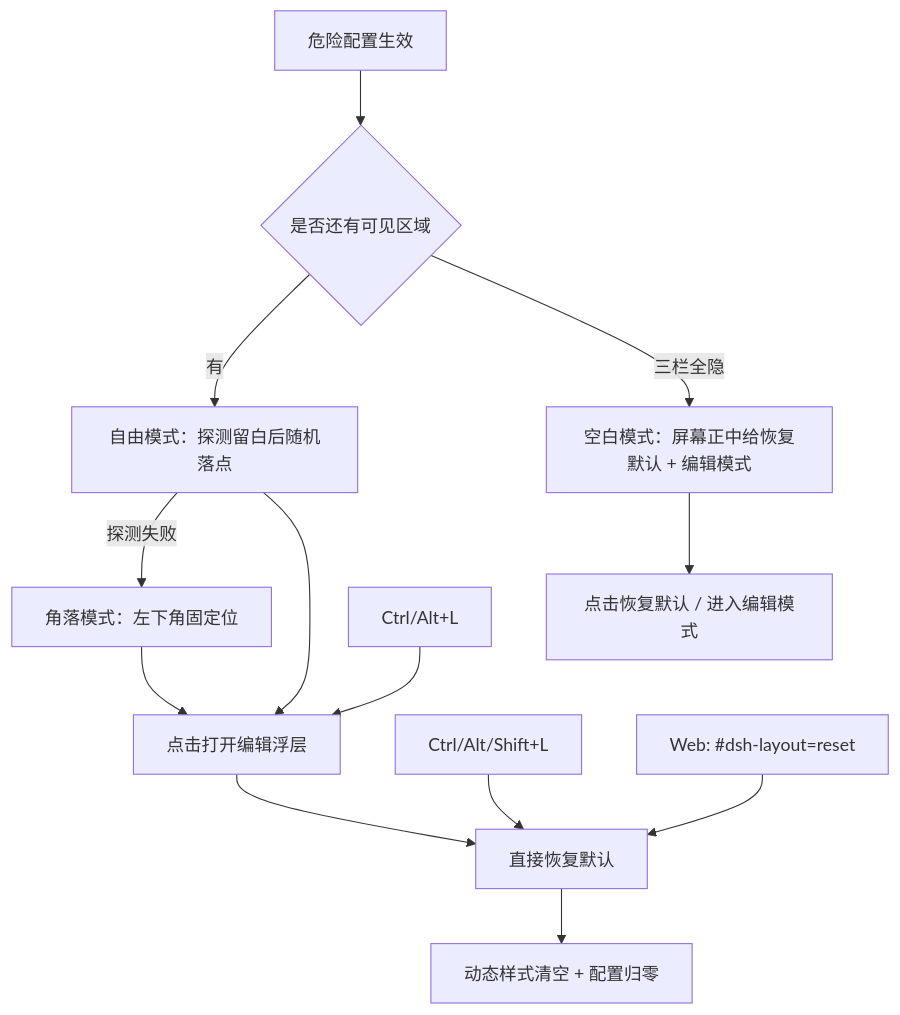
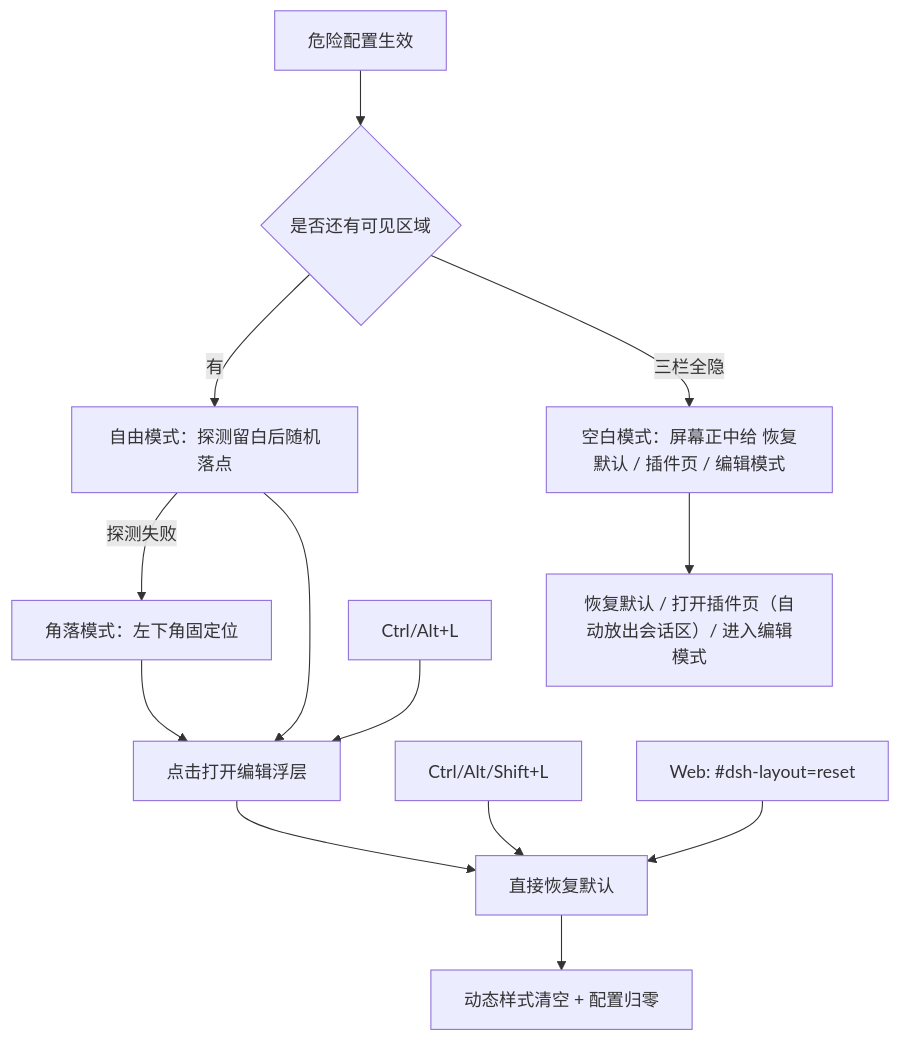
Before and after one commit to LINGTIAN303/dsh-layout: the second of 2 diagrams in docs/details/架构/README.md, drawn with Mermaid. The commit also changed other lines of this file and 8 other files, not shown here.

First line of the commit message:
feat(dsh-layout): 空白页恢复入口改为 恢复默认/插件页/编辑模式 三枚并列

````diff
--- a/docs/details/架构/README.md
+++ b/docs/details/架构/README.md
@@ -42,15 +42,15 @@
 ```mermaid
 flowchart TD
   A[危险配置生效] --> B{是否还有可见区域}
   B -- 有 --> C[自由模式：探测留白后随机落点]
-  B -- 三栏全隐 --> D[空白模式：屏幕正中给恢复默认 + 编辑模式]
+  B -- 三栏全隐 --> D[空白模式：屏幕正中给 恢复默认 / 插件页 / 编辑模式]
   C -- 探测失败 --> E[角落模式：左下角固定位]
   C --> F[点击打开编辑浮层]
-  D --> G[点击恢复默认 / 进入编辑模式]
+  D --> G[恢复默认 / 打开插件页（自动放出会话区）/ 进入编辑模式]
   E --> F
   H[Ctrl/Alt+L] --> F
   I[Ctrl/Alt/Shift+L] --> J[直接恢复默认]
   K[Web: #dsh-layout=reset] --> J
   F --> J
   J --> L[动态样式清空 + 配置归零]
 ```
````
